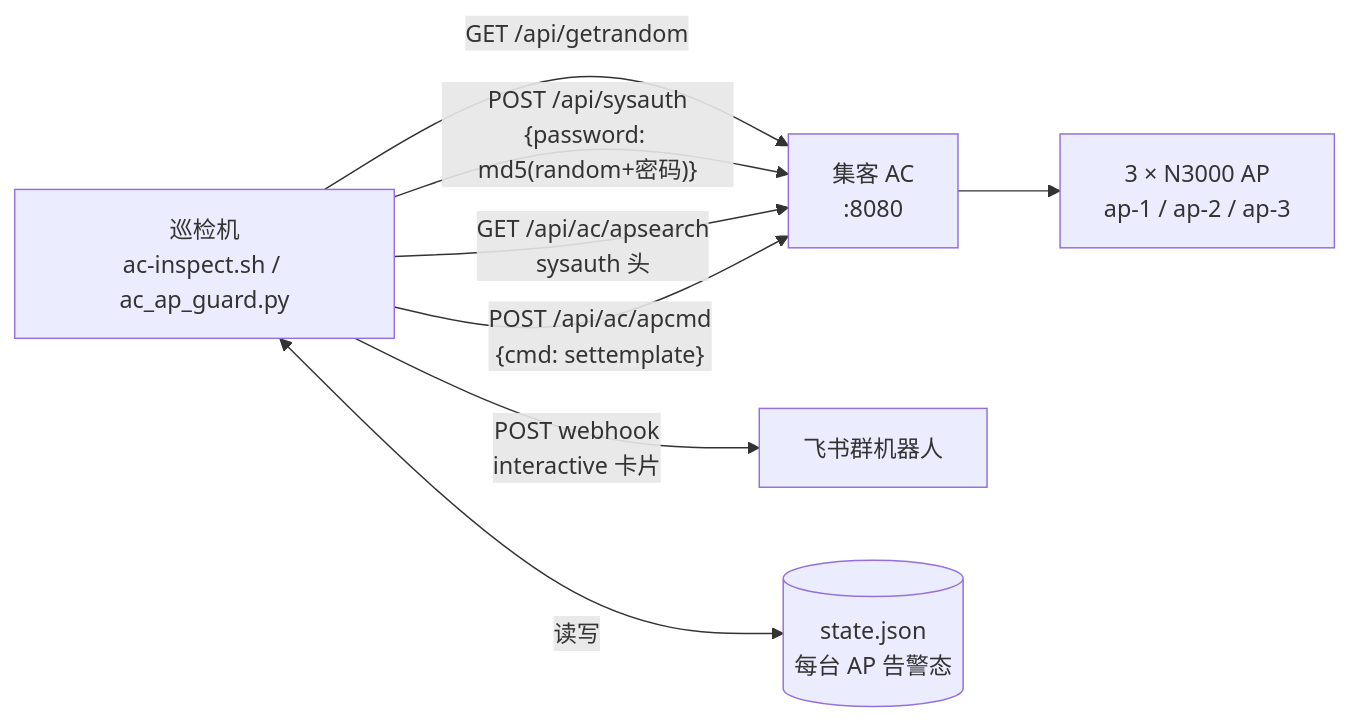
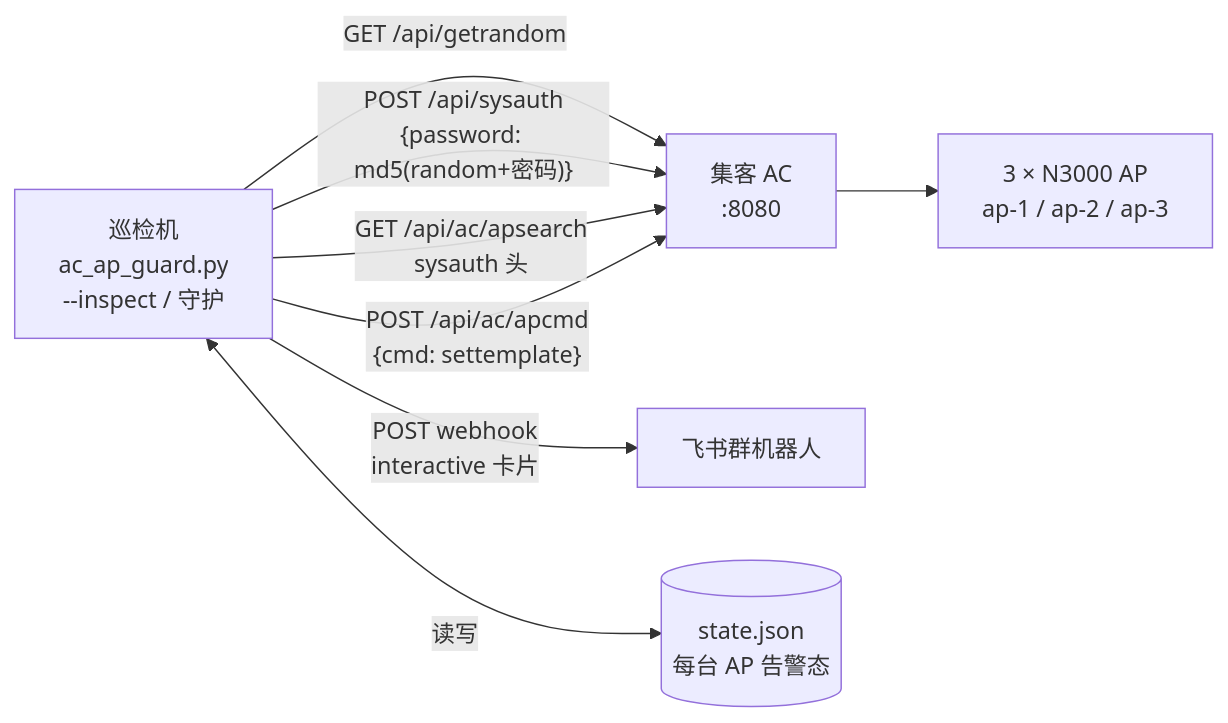
One commit to passiolin/docs changed the diagram in docs/运维巡检/ap-guard/2.接口与巡检项.md. Above: the diagram before and after it, drawn with Mermaid. The commit also changed other lines of this file and 6 other files, not shown here.

````diff
--- a/docs/运维巡检/ap-guard/2.接口与巡检项.md
+++ b/docs/运维巡检/ap-guard/2.接口与巡检项.md
@@ -12,10 +12,10 @@
 ```mermaid
 flowchart LR
-    S["巡检机<br/>ac-inspect.sh / ac_ap_guard.py"] -->|"GET /api/getrandom"| AC["集客 AC<br/>:8080"]
+    S["巡检机<br/>ac_ap_guard.py<br/>--inspect / 守护"] -->|"GET /api/getrandom"| AC["集客 AC<br/>:8080"]
     S -->|"POST /api/sysauth<br/>{password: md5(random+密码)}"| AC
     S -->|"GET /api/ac/apsearch<br/>sysauth 头"| AC
     S -->|"POST /api/ac/apcmd<br/>{cmd: settemplate}"| AC
     AC --> AP["3 × N3000 AP<br/>ap-1 / ap-2 / ap-3"]
     S -->|"POST webhook<br/>interactive 卡片"| FS["飞书群机器人"]
     S <-->|"读写"| ST[("state.json<br/>每台 AP 告警态")]
 ```
````
